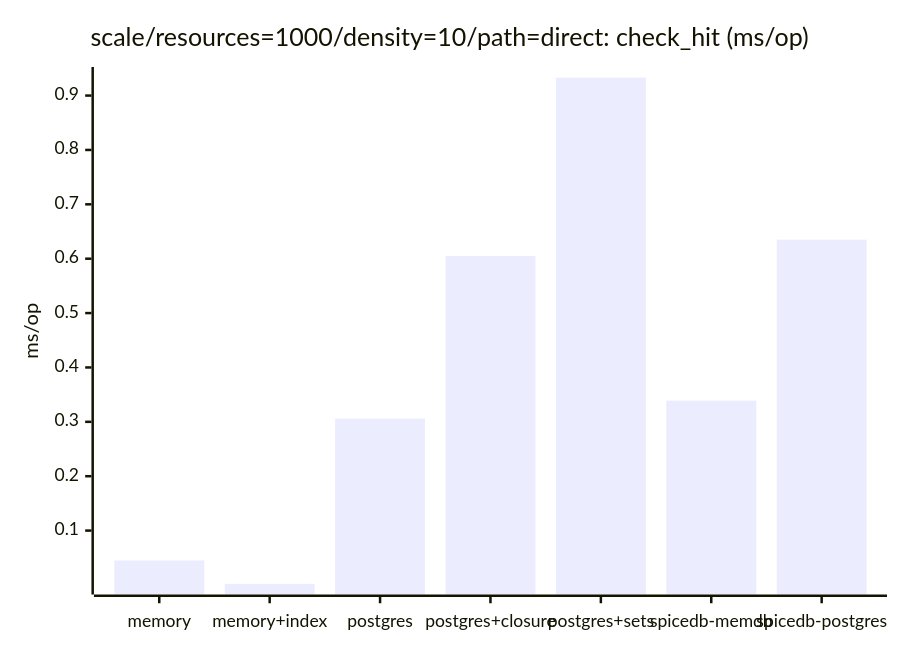
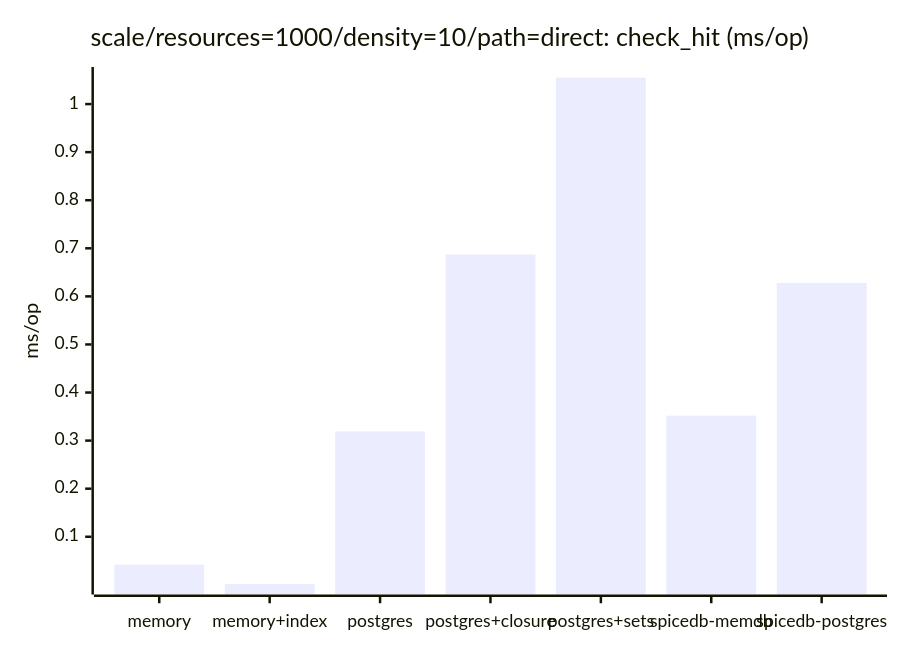
Diagram 15 of 31 in compare/compare.md (matick-io/authz), drawn with Mermaid before and after one commit. The commit also changed other lines of this file and 2 other files, not shown here.

````diff
--- a/compare/compare.md
+++ b/compare/compare.md
@@ -226,7 +226,7 @@
 ```mermaid
 xychart-beta
     title "scale/resources=1000/density=10/path=direct: check_hit (ms/op)"
     x-axis ["memory", "memory+index", "postgres", "postgres+closure", "postgres+sets", "spicedb-memdb", "spicedb-postgres"]
     y-axis "ms/op"
-    bar [0.045, 0.002, 0.306, 0.605, 0.933, 0.339, 0.635]
+    bar [0.042, 0.002, 0.319, 0.687, 1.055, 0.352, 0.628]
 ```
````
